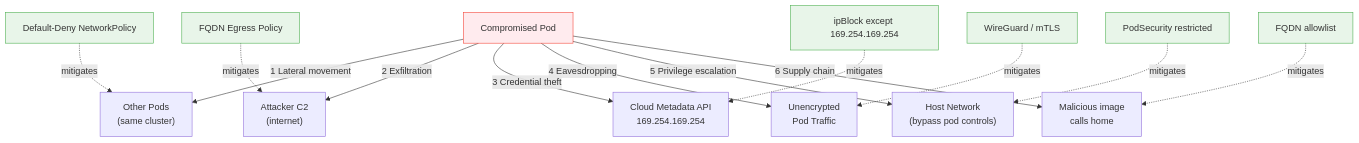
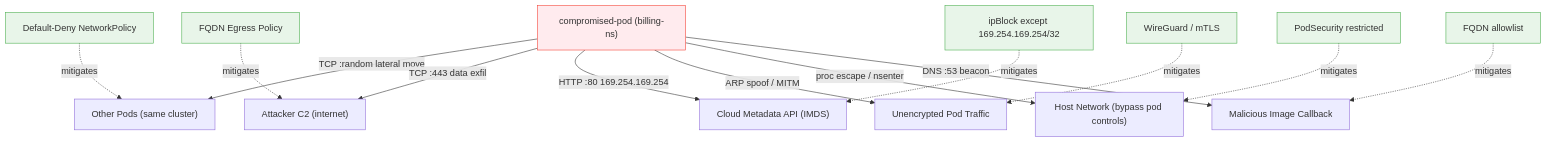
Before and after one commit to MykolaLebid/Kubernetes_networking_engineering: the first of 2 diagrams in lessons/23-network-security-hardening.md, drawn with Mermaid. The commit also changed other lines of this file and 35 other files, not shown here.

First line of the commit message:
Restructure all 34 lessons: Theory/Practice split, richer diagrams, industry examples, navigation

````diff
--- a/lessons/23-network-security-hardening.md
+++ b/lessons/23-network-security-hardening.md
@@ -31,26 +16,26 @@
 ```mermaid
 flowchart TD
-    attacker["Compromised Pod"]
+    attacker["compromised-pod (billing-ns)"]
 
-    attacker -- "1 Lateral movement" --> other_pods["Other Pods\n(same cluster)"]
-    attacker -- "2 Exfiltration" --> internet["Attacker C2\n(internet)"]
-    attacker -- "3 Credential theft" --> metadata["Cloud Metadata API\n169.254.169.254"]
-    attacker -- "4 Eavesdropping" --> wire["Unencrypted\nPod Traffic"]
-    attacker -- "5 Privilege escalation" --> host["Host Network\n(bypass pod controls)"]
-    attacker -- "6 Supply chain" --> supply["Malicious image\ncalls home"]
+    attacker --"TCP :random lateral move"--> other_pods["Other Pods (same cluster)"]
+    attacker --"TCP :443 data exfil"--> internet["Attacker C2 (internet)"]
+    attacker --"HTTP :80 169.254.169.254"--> metadata["Cloud Metadata API (IMDS)"]
+    attacker --"ARP spoof / MITM"--> wire["Unencrypted Pod Traffic"]
+    attacker --"proc escape / nsenter"--> host["Host Network (bypass pod controls)"]
+    attacker --"DNS :53 beacon"--> supply["Malicious Image Callback"]
 
     control1["Default-Deny NetworkPolicy"] -. mitigates .-> other_pods
     control2["FQDN Egress Policy"] -. mitigates .-> internet
-    control3["ipBlock except 169.254.169.254"] -. mitigates .-> metadata
+    control3["ipBlock except 169.254.169.254/32"] -. mitigates .-> metadata
     control4["WireGuard / mTLS"] -. mitigates .-> wire
     control5["PodSecurity restricted"] -. mitigates .-> host
     control6["FQDN allowlist"] -. mitigates .-> supply
 
     style attacker fill:#ffebee,stroke:#f44336
     style control1 fill:#e8f5e9,stroke:#4CAF50
     style control2 fill:#e8f5e9,stroke:#4CAF50
     style control3 fill:#e8f5e9,stroke:#4CAF50
     style control4 fill:#e8f5e9,stroke:#4CAF50
     style control5 fill:#e8f5e9,stroke:#4CAF50
     style control6 fill:#e8f5e9,stroke:#4CAF50
 ```
````
